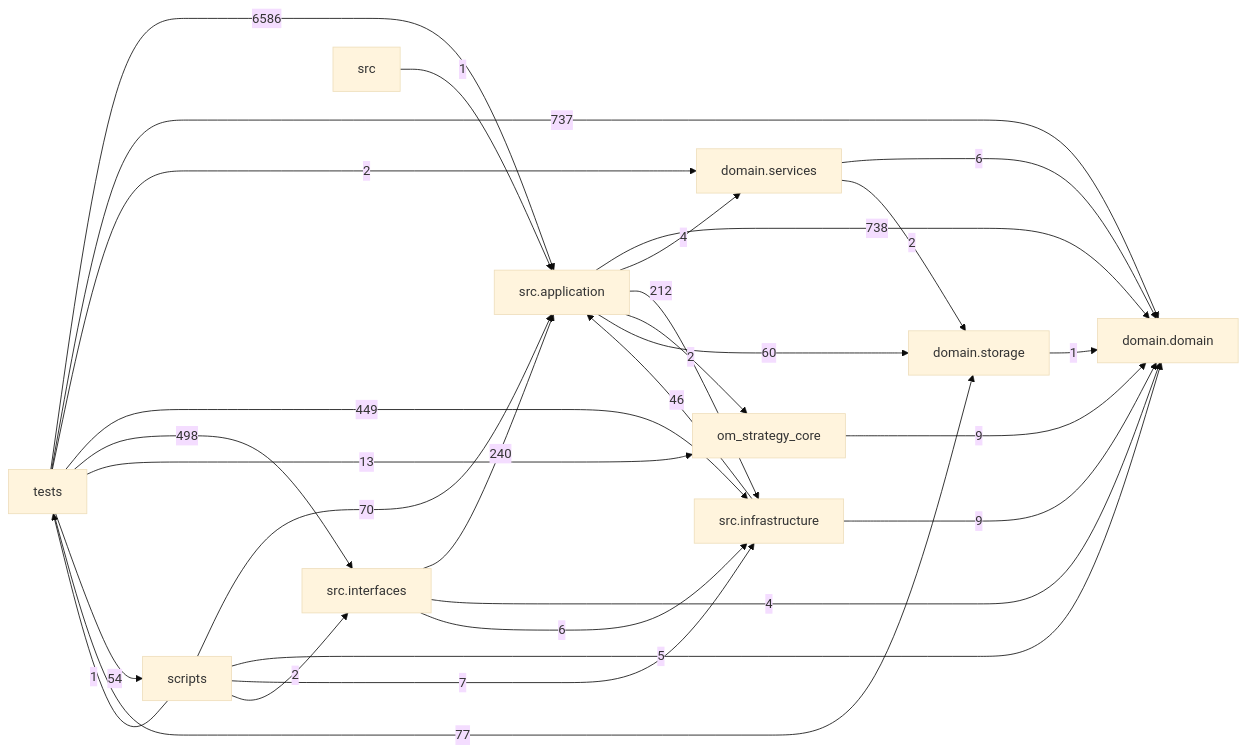
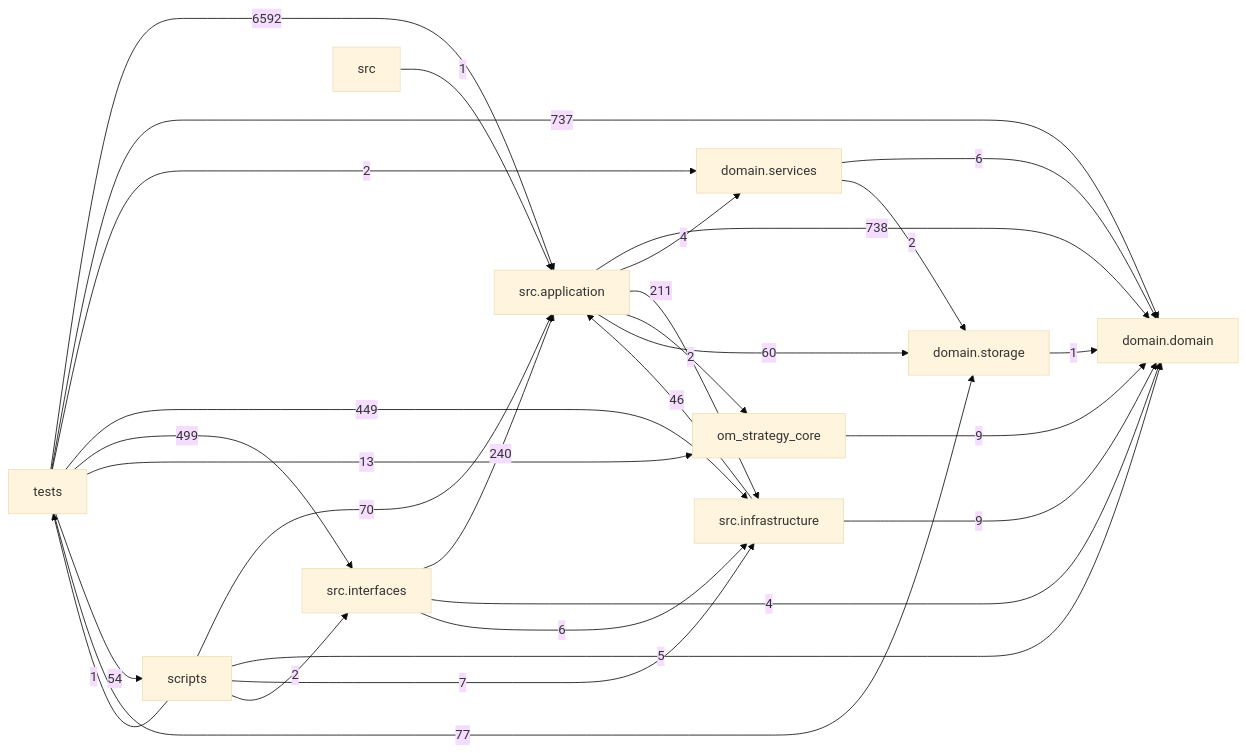
The diagram in docs/DEPENDENCY_GRAPH.md (liuxie066/options-monitor), drawn with Mermaid (base theme) before and after one commit. The commit also changed other lines of this file and 4 other files, not shown here.

````diff
--- a/docs/DEPENDENCY_GRAPH.md
+++ b/docs/DEPENDENCY_GRAPH.md
@@ -24,39 +24,39 @@
 ```mermaid
 flowchart LR
   tests["tests"]
   scripts["scripts"]
   interfaces["src.interfaces"]
   application["src.application"]
   infrastructure["src.infrastructure"]
   domain_services["domain.services"]
   domain["domain.domain"]
   storage["domain.storage"]
   application -->|738| domain
   application -->|4| domain_services
-  application -->|212| infrastructure
+  application -->|211| infrastructure
   application -->|2| om_strategy_core
   application -->|60| storage
   domain_services -->|6| domain
   domain_services -->|2| storage
   infrastructure -->|46| application
   infrastructure -->|9| domain
   interfaces -->|240| application
   interfaces -->|4| domain
   interfaces -->|6| infrastructure
   om_strategy_core -->|9| domain
   scripts -->|70| application
   scripts -->|5| domain
   scripts -->|7| infrastructure
   scripts -->|2| interfaces
   scripts -->|1| tests
   src -->|1| application
   storage -->|1| domain
-  tests -->|6586| application
+  tests -->|6592| application
   tests -->|737| domain
   tests -->|2| domain_services
   tests -->|449| infrastructure
-  tests -->|498| interfaces
+  tests -->|499| interfaces
   tests -->|13| om_strategy_core
   tests -->|54| scripts
   tests -->|77| storage
 ```
````
